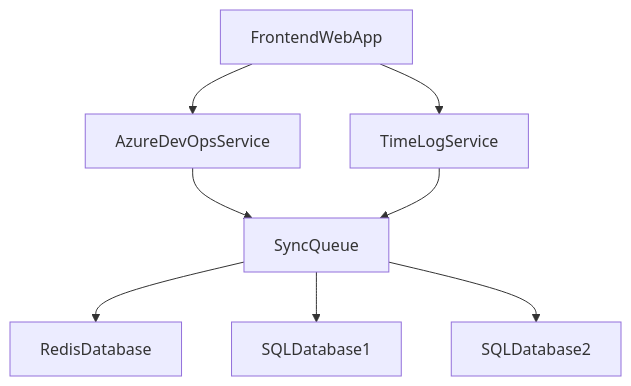
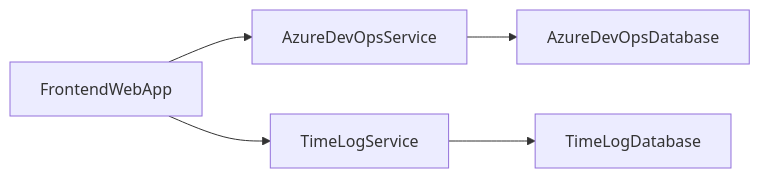
Before and after one commit to TunNetCom/TunNetCom-AionTime: the diagram in README.md, drawn with Mermaid.

````diff
--- a/README.md
+++ b/README.md
@@ -42,10 +42,8 @@
 ```mermaid
-graph TD;
+flowchart LR;
     FrontendWebApp --> AzureDevOpsService;
     FrontendWebApp --> TimeLogService;
-    AzureDevOpsService --> SyncQueue;
-    TimeLogService --> SyncQueue;
-    SyncQueue --> RedisDatabase;
-    SyncQueue --> SQLDatabase1;
-    SyncQueue --> SQLDatabase2;
+    AzureDevOpsService --> AzureDevOpsDatabase;
+    TimeLogService --> TimeLogDatabase;
+
 ```
````
